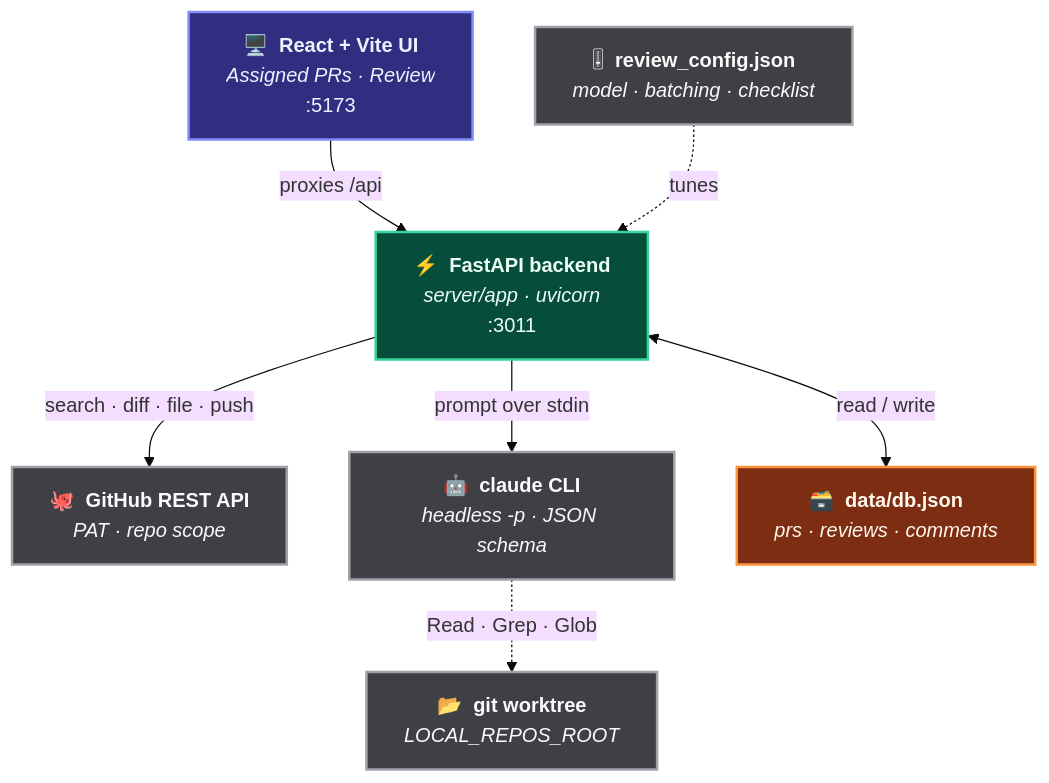
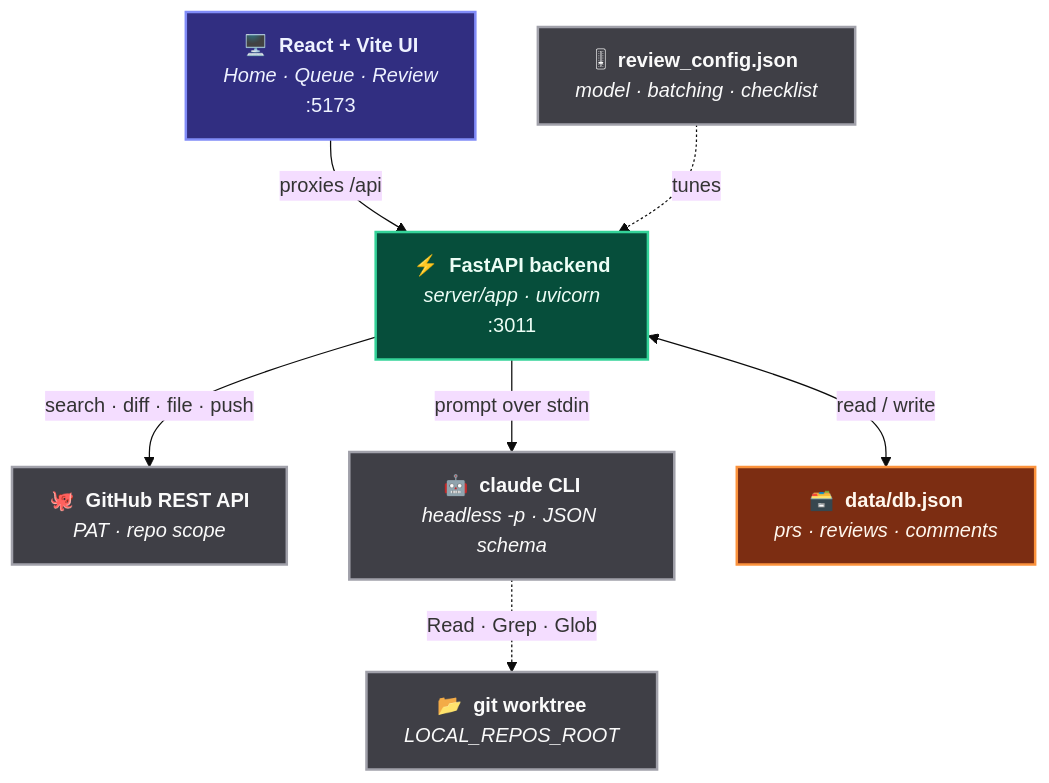
The third of 4 diagrams in README.md (kiranivalekar/pr-review-studio), drawn with Mermaid (base theme) before and after one commit. The commit also changed other lines of this file and 28 other files, not shown here.

````diff
--- a/README.md
+++ b/README.md
@@ -234,27 +235,27 @@
 ```mermaid
 flowchart TD
-    UI["🖥️&nbsp; <b>React + Vite UI</b><br/><i>Assigned PRs · Review</i><br/>:5173"]
+    UI["🖥️&nbsp; <b>React + Vite UI</b><br/><i>Home · Queue · Review</i><br/>:5173"]
     API["⚡&nbsp; <b>FastAPI backend</b><br/><i>server/app · uvicorn</i><br/>:3011"]
     GH["🐙&nbsp; <b>GitHub REST API</b><br/><i>PAT · repo scope</i>"]
     CC["🤖&nbsp; <b>claude CLI</b><br/><i>headless -p · JSON schema</i>"]
     DB["🗃️&nbsp; <b>data/db.json</b><br/><i>prs · reviews · comments</i>"]
     WT["📂&nbsp; <b>git worktree</b><br/><i>LOCAL_REPOS_ROOT</i>"]
     CFG["🎚&nbsp; <b>review_config.json</b><br/><i>model · batching · checklist</i>"]
 
     UI -->|"proxies /api"| API
     API -->|"search · diff · file · push"| GH
     API -->|"prompt over stdin"| CC
     API <-->|"read / write"| DB
     CFG -.->|"tunes"| API
     CC -.->|"Read · Grep · Glob"| WT
 
     classDef ui fill:#312e81,stroke:#818cf8,stroke-width:2px,color:#eef2ff
     classDef api fill:#064e3b,stroke:#34d399,stroke-width:2px,color:#ecfdf5
     classDef ext fill:#3f3f46,stroke:#a1a1aa,stroke-width:2px,color:#fafafa
     classDef store fill:#7c2d12,stroke:#fb923c,stroke-width:2px,color:#fff7ed
 
     class UI ui
     class API api
     class GH,CC,WT,CFG ext
     class DB store
 ```
````
